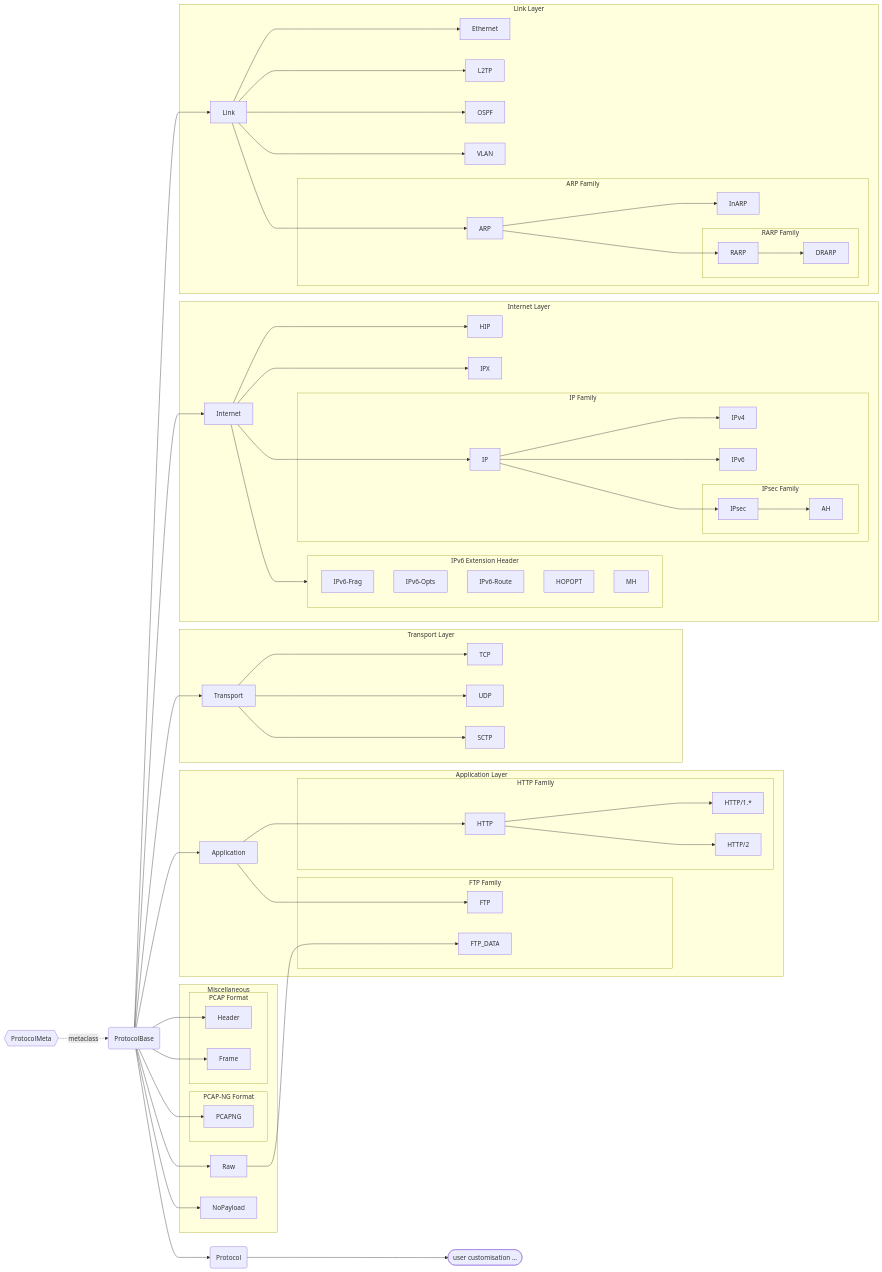
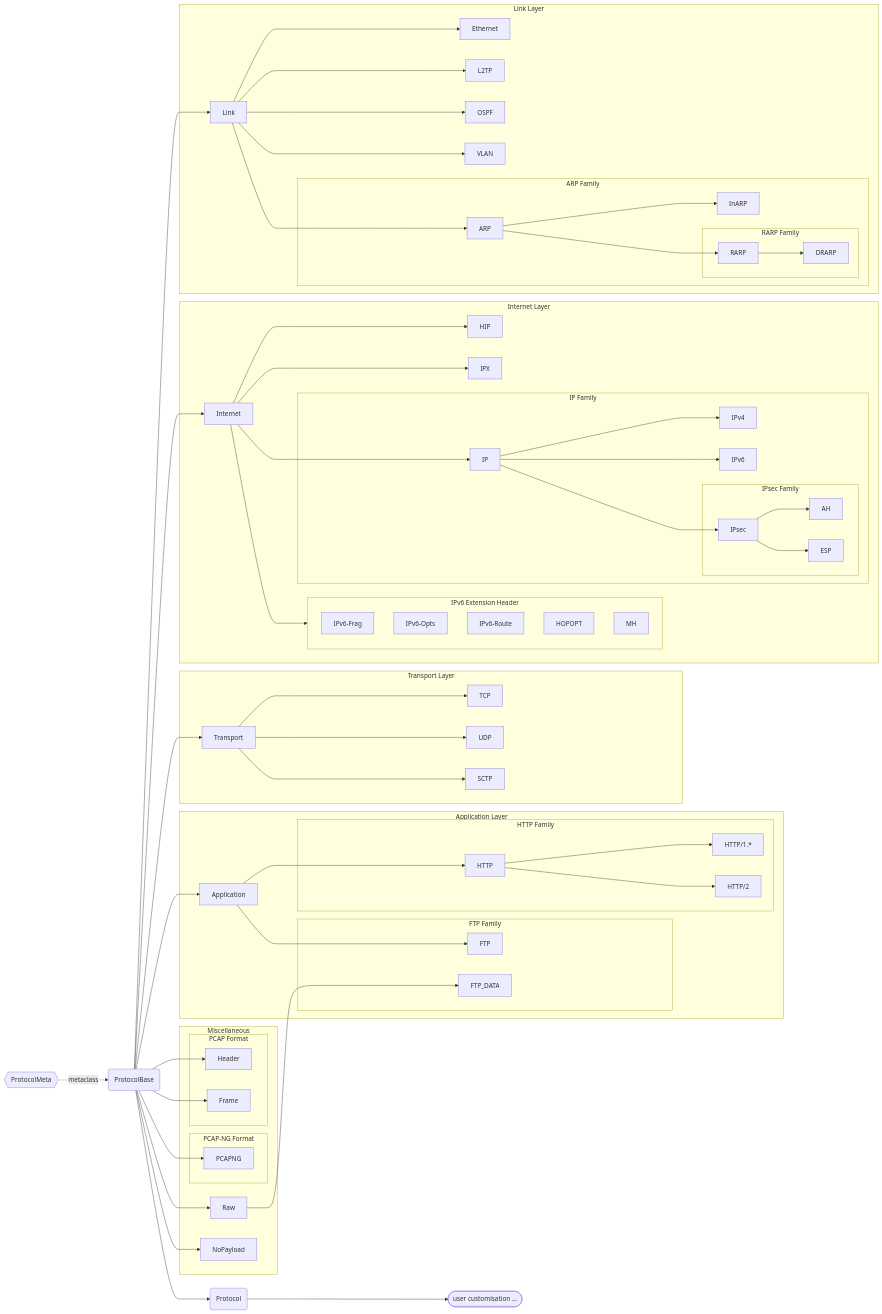
The diagram in docs/source/pcapkit/protocols/index.rst (JarryShaw/PyPCAPKit), drawn with Mermaid before and after one commit. The commit also changed 32 other files, not shown here.

```diff
--- a/docs/source/pcapkit/protocols/index.rst
+++ b/docs/source/pcapkit/protocols/index.rst
@@ -47,7 +47,7 @@
                IP --> IPv4 & IPv6 & IPsec
 
                subgraph ipsec [IPsec Family]
-                   IPsec --> AH
+                   IPsec --> AH & ESP
                end
            end
 
@@ -109,6 +109,7 @@
 
        click Internet "/pcapkit/protocols/internet/internet.html#pcapkit.protocols.internet.Internet"
        click AH "/pcapkit/protocols/internet/ah.html#pcapkit.protocols.internet.ah.AH"
+       click ESP "/pcapkit/protocols/internet/esp.html#pcapkit.protocols.internet.esp.ESP"
        click HIP "/pcapkit/protocols/internet/hip.html#pcapkit.protocols.internet.hip.HIP"
        click HOPOPT "/pcapkit/protocols/internet/hopopt.html#pcapkit.protocols.internet.hopopt.HOPOPT"
        click IP "/pcapkit/protocols/internet/ip.html#pcapkit.protocols.internet.ip.IP"
```
